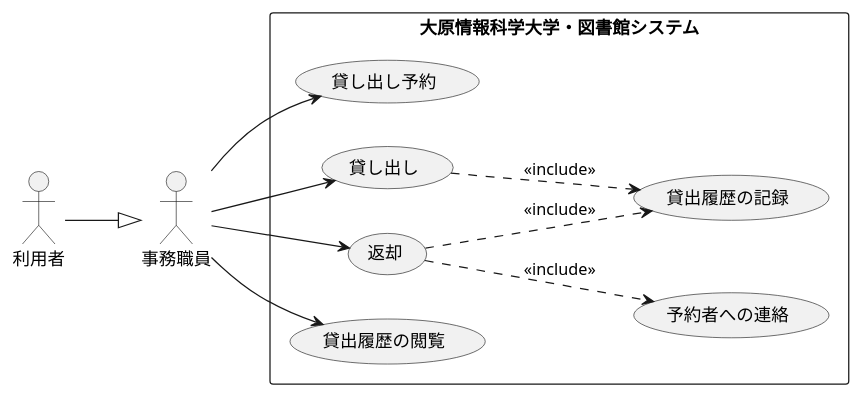
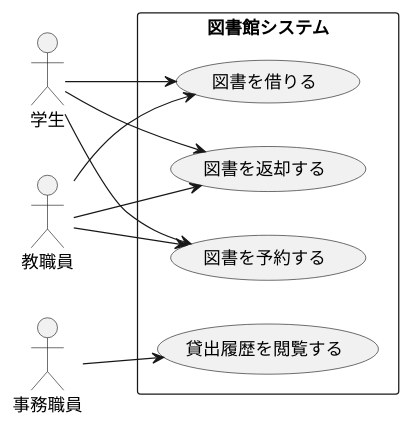
One commit to mameiku/G3-4 changed the diagram in usecase.pu. Above: the diagram before and after it, drawn with PlantUML.

Commit message:
修正後のユースケース図です

```diff
--- a/usecase.pu
+++ b/usecase.pu
@@ -1,24 +1,24 @@
-@startuml 大原情報科学大学・図書館システムユースケース図
+@startuml 大原情報科学大学・図書館システム
 left to right direction
-actor 利用者 as User
+
+actor 学生 as Student
+actor 教職員 as Teacher
 actor 事務職員 as Staff
- 
-rectangle 大原情報科学大学・図書館システム {
-  usecase "貸し出し予約" as Reserve
-  usecase "貸し出し" as Checkout
-  usecase "返却" as Return
-  usecase "貸出履歴の閲覧" as ViewHistory
-  usecase "貸出履歴の記録" as RecordHistory
-  usecase "予約者への連絡" as NotifyReservation
+
+rectangle 図書館システム {
+  usecase "図書を借りる" as Checkout
+  usecase "図書を返却する" as Return
+  usecase "図書を予約する" as Reserve
+  usecase "貸出履歴を閲覧する" as ViewHistory
 }
- 
-User --|> Staff
-Staff --> Checkout
-Staff --> Return
-Staff --> Reserve
+
+Student --> Checkout
+Student --> Return
+Student --> Reserve
+
+Teacher --> Checkout
+Teacher --> Return
+Teacher --> Reserve
+
 Staff --> ViewHistory
- 
-Checkout ..> RecordHistory : <<include>>
-Return ..> RecordHistory : <<include>>
-Return ..> NotifyReservation : <<include>>
 @enduml
```
